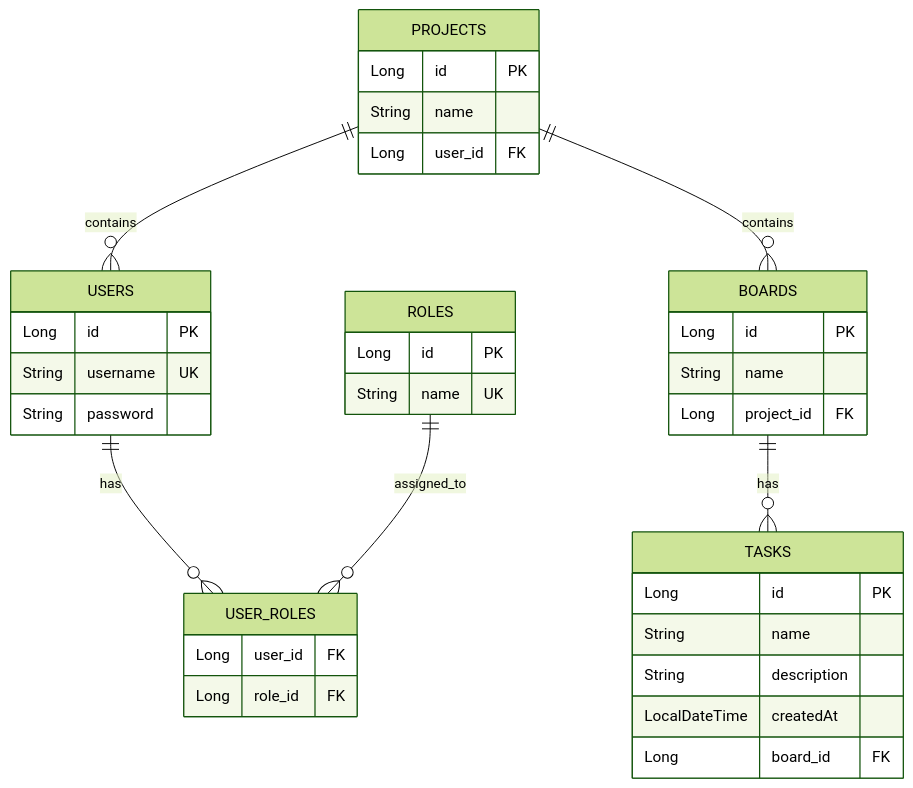
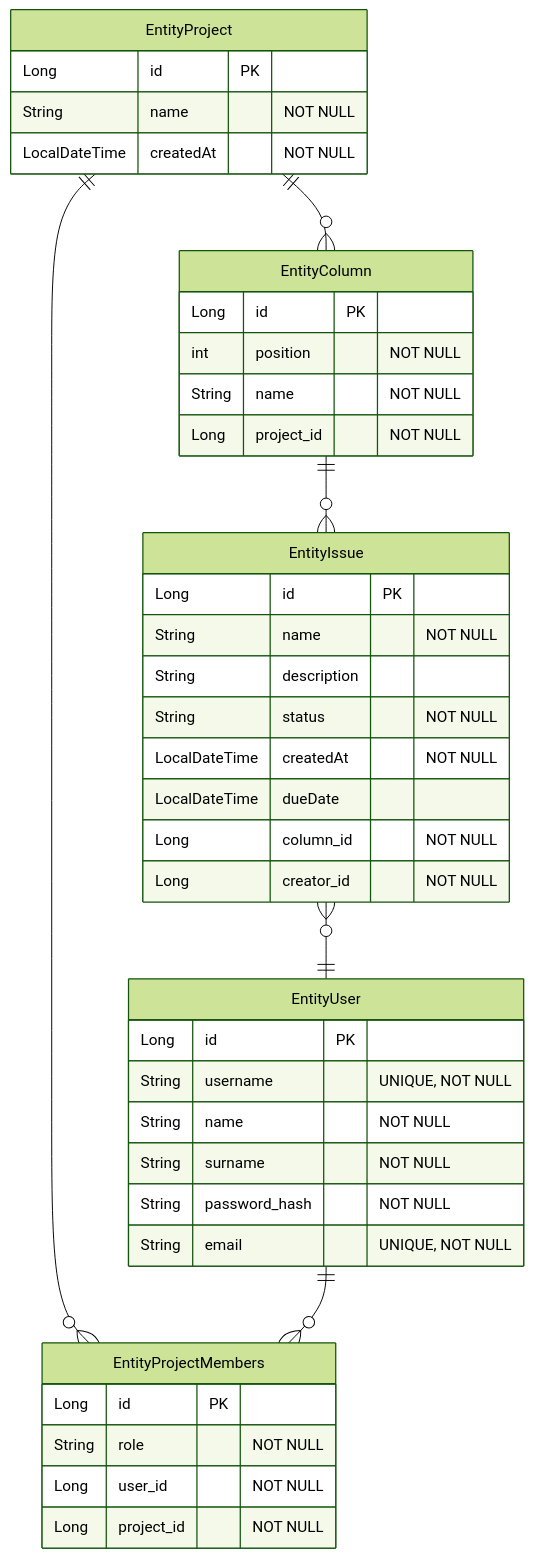
The diagram in README.md (edoshinsm/spring-kanban), drawn with Mermaid (forest theme) before and after one commit.

````diff
--- a/README.md
+++ b/README.md
@@ -34,44 +34,48 @@
 ```mermaid
 erDiagram
-    USERS {
+    EntityProject {
         Long id PK
-        String username UK
-        String password
+        String name "NOT NULL"
+        LocalDateTime createdAt "NOT NULL"
     }
 
-    ROLES {
+    EntityColumn {
         Long id PK
-        String name UK
+        int position "NOT NULL"
+        String name "NOT NULL"
+        Long project_id "NOT NULL"
     }
 
-    USER_ROLES {
-        Long user_id FK
-        Long role_id FK
+    EntityIssue {
+        Long id PK
+        String name "NOT NULL"
+        String description
+        String status "NOT NULL"
+        LocalDateTime createdAt "NOT NULL"
+        LocalDateTime dueDate
+        Long column_id "NOT NULL"
+        Long creator_id "NOT NULL"
     }
 
-    PROJECTS {
+    EntityUser {
         Long id PK
-        String name
-        Long user_id FK
+        String username "UNIQUE, NOT NULL"
+        String name "NOT NULL"
+        String surname "NOT NULL"
+        String password_hash "NOT NULL"
+        String email "UNIQUE, NOT NULL"
     }
 
-    BOARDS {
+    EntityProjectMembers {
         Long id PK
-        String name
-        Long project_id FK
+        String role "NOT NULL"
+        Long user_id "NOT NULL"
+        Long project_id "NOT NULL"
     }
 
-    TASKS {
-        Long id PK
-        String name
-        String description
-        LocalDateTime createdAt
-        Long board_id FK
-    }
-
-    USERS ||--o{ USER_ROLES : has
-    ROLES ||--o{ USER_ROLES : assigned_to
-    PROJECTS ||--o{ USERS : contains
-    PROJECTS ||--o{ BOARDS : contains
-    BOARDS ||--o{ TASKS : has
+    EntityProject ||--o{ EntityColumn : ""
+    EntityColumn ||--o{ EntityIssue : ""
+    EntityIssue }o--|| EntityUser : ""
+    EntityProject ||--o{ EntityProjectMembers : ""
+    EntityUser ||--o{ EntityProjectMembers : ""
 ```
````
